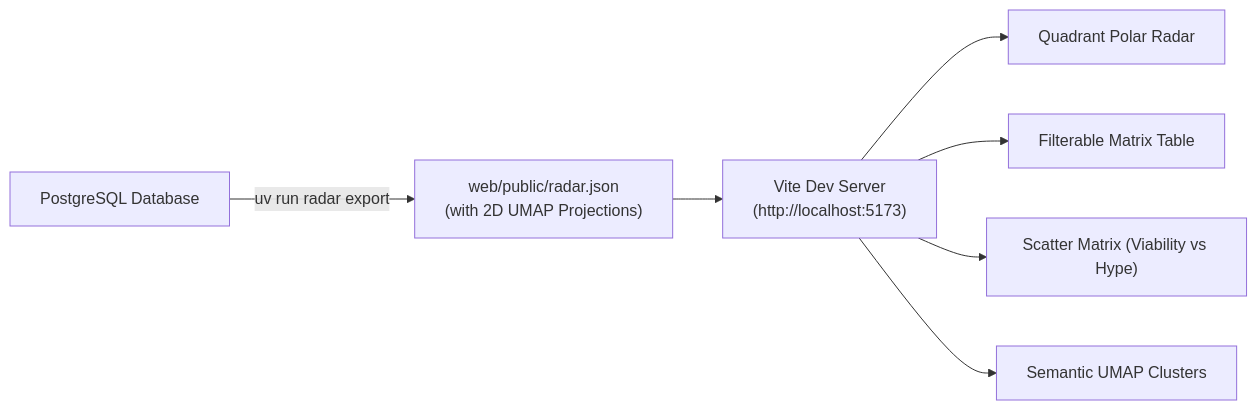
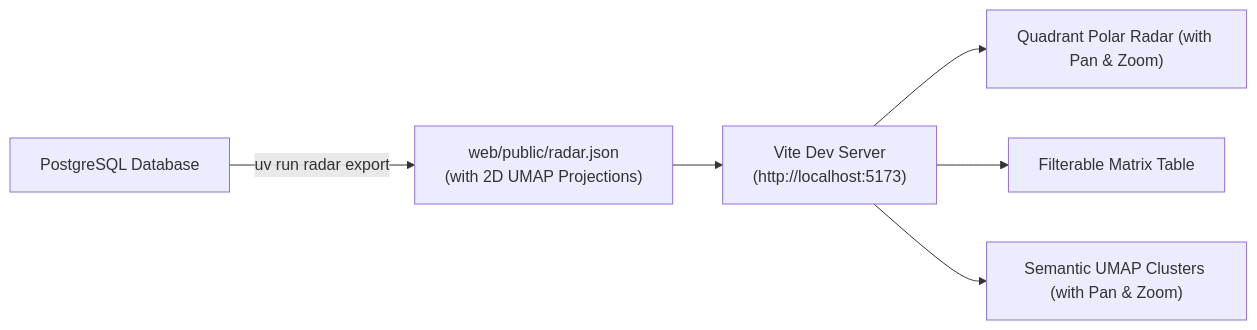
The second of 2 diagrams in docs/USER_GUIDE.md (cdr74/trend_research), drawn with Mermaid before and after one commit. The commit also changed other lines of this file and 9 other files, not shown here.

Commit message:
feat(ui): streamline to 3-view layout and add svg pan-and-zoom (Ref: ADR-0027, Backlog M12)

````diff
--- a/docs/USER_GUIDE.md
+++ b/docs/USER_GUIDE.md
@@ -438,9 +438,8 @@
 ```mermaid
 flowchart LR
     A["PostgreSQL Database"] -->|"uv run radar export"| B["web/public/radar.json\n(with 2D UMAP Projections)"]
     B --> C["Vite Dev Server\n(http://localhost:5173)"]
-    C --> D["Quadrant Polar Radar"]
+    C --> D["Quadrant Polar Radar (with Pan & Zoom)"]
     C --> E["Filterable Matrix Table"]
-    C --> F["Scatter Matrix (Viability vs Hype)"]
-    C --> G["Semantic UMAP Clusters"]
+    C --> G["Semantic UMAP Clusters (with Pan & Zoom)"]
 ```
````
